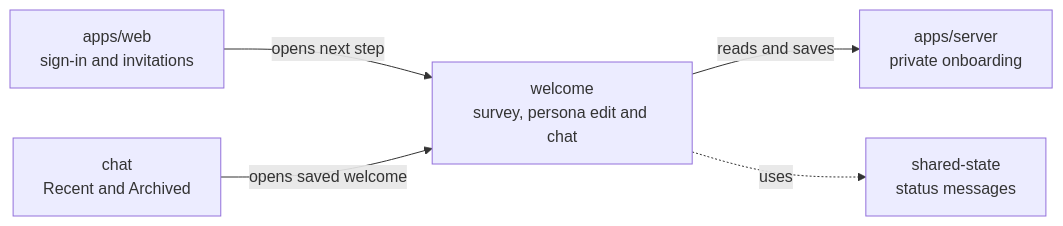
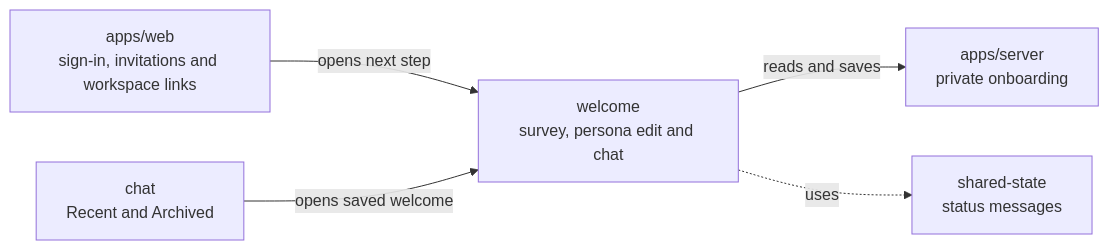
Before and after one commit to elewa-git/opencrane-new: the diagram in apps/web/src/app/welcome/README.md, drawn with Mermaid. The commit also changed other lines of this file and 8 other files, not shown here.

First line of the commit message:
🚪 Check welcome progress before opening a workspace page

````diff
--- a/apps/web/src/app/welcome/README.md
+++ b/apps/web/src/app/welcome/README.md
@@ -14,7 +14,7 @@
 ```mermaid
 flowchart LR
-  web["apps/web<br/>sign-in and invitations"] -->|opens next step| welcome["welcome<br/>survey, persona edit and chat"]
+  web["apps/web<br/>sign-in, invitations and workspace links"] -->|opens next step| welcome["welcome<br/>survey, persona edit and chat"]
   welcome -->|reads and saves| server["apps/server<br/>private onboarding"]
   chat["chat<br/>Recent and Archived"] -->|opens saved welcome| welcome
   welcome -.->|uses| state["shared-state<br/>status messages"]
 ```
````
